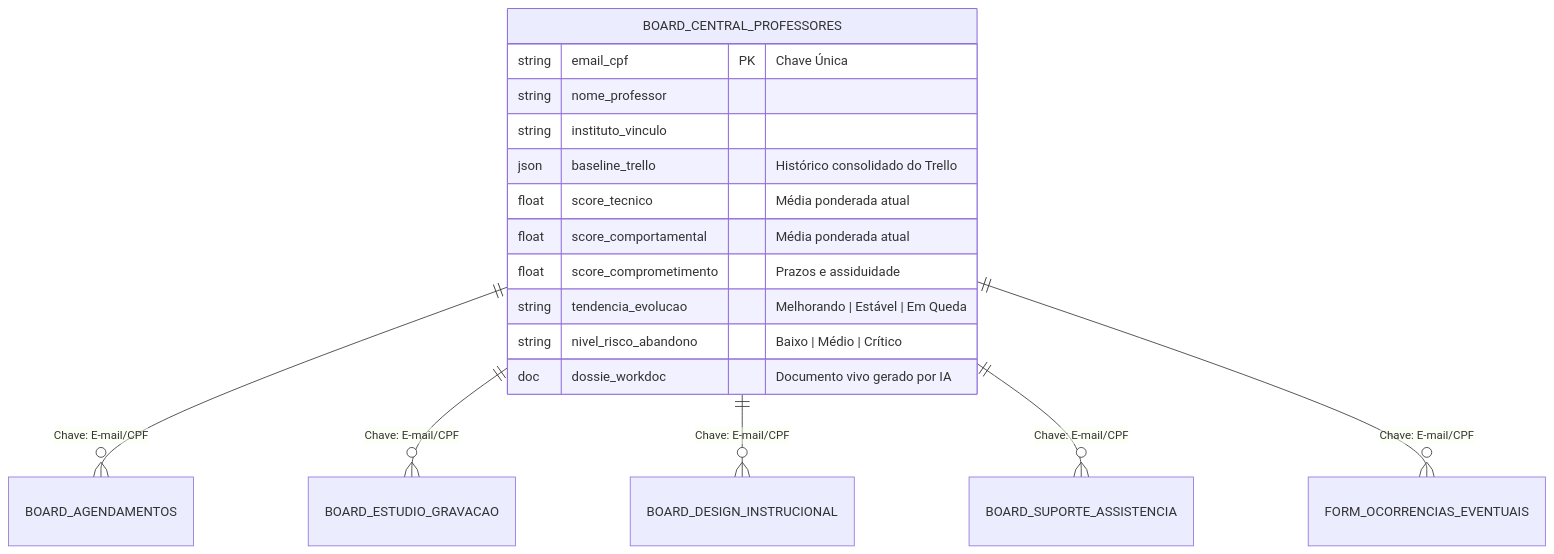
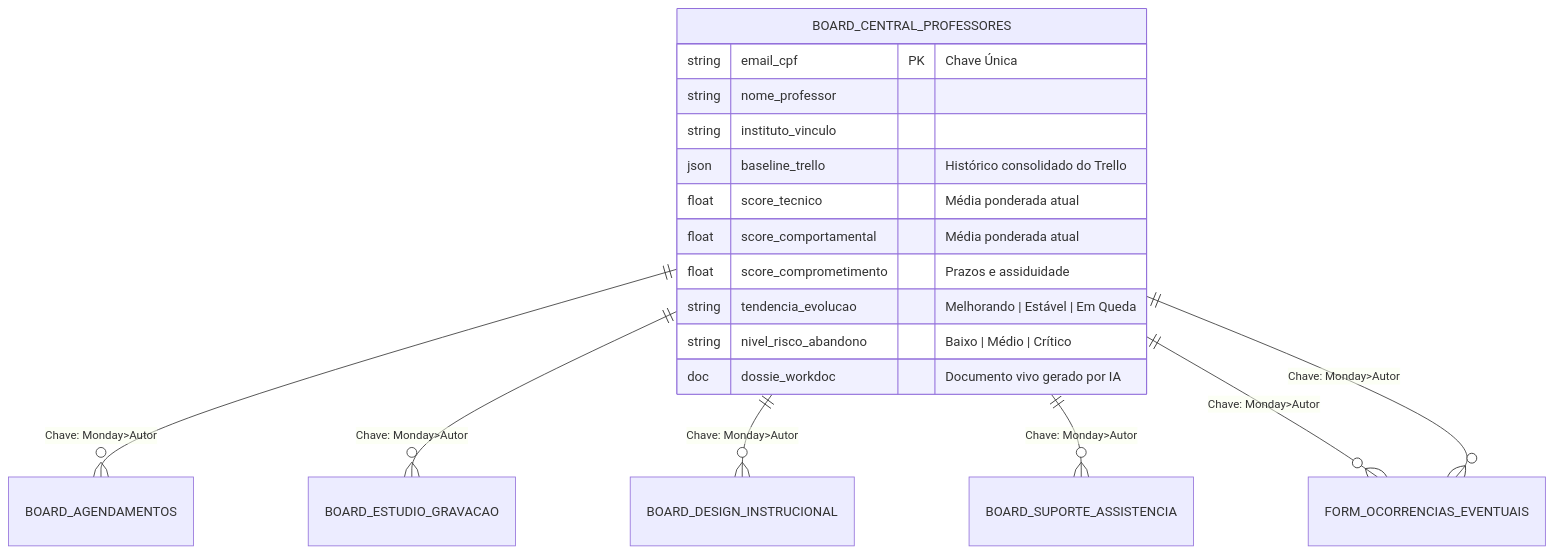
Before and after one commit to paulohlp/perfil-professor-monday: the first of 2 diagrams in plano_perfil_professor_monday.md, drawn with Mermaid.

Commit message:
Change ER diagram keys to 'Monday>Autor'
Updated relationships in the ER diagram to use 'Monday>Autor' as the key.

````diff
--- a/plano_perfil_professor_monday.md
+++ b/plano_perfil_professor_monday.md
@@ -18,21 +18,22 @@
 ```mermaid
 erDiagram
-    BOARD_CENTRAL_PROFESSORES ||--o{ BOARD_AGENDAMENTOS : "Chave: E-mail/CPF"
-    BOARD_CENTRAL_PROFESSORES ||--o{ BOARD_ESTUDIO_GRAVACAO : "Chave: E-mail/CPF"
-    BOARD_CENTRAL_PROFESSORES ||--o{ BOARD_DESIGN_INSTRUCIONAL : "Chave: E-mail/CPF"
-    BOARD_CENTRAL_PROFESSORES ||--o{ BOARD_SUPORTE_ASSISTENCIA : "Chave: E-mail/CPF"
-    BOARD_CENTRAL_PROFESSORES ||--o{ FORM_OCORRENCIAS_EVENTUAIS : "Chave: E-mail/CPF"
+    BOARD_CENTRAL_PROFESSORES ||--o{ BOARD_AGENDAMENTOS : "Chave: Monday>Autor"
+    BOARD_CENTRAL_PROFESSORES ||--o{ BOARD_ESTUDIO_GRAVACAO : "Chave: Monday>Autor"
+    BOARD_CENTRAL_PROFESSORES ||--o{ BOARD_DESIGN_INSTRUCIONAL : "Chave: Monday>Autor"
+    BOARD_CENTRAL_PROFESSORES ||--o{ BOARD_SUPORTE_ASSISTENCIA : "Chave: Monday>Autor"
+    BOARD_CENTRAL_PROFESSORES ||--o{ FORM_OCORRENCIAS_EVENTUAIS : "Chave: Monday>Autor"
+    BOARD_CENTRAL_PROFESSORES ||--o{ FORM_OCORRENCIAS_EVENTUAIS : "Chave: Monday>Autor"
 
     BOARD_CENTRAL_PROFESSORES {
         string email_cpf PK "Chave Única"
         string nome_professor
         string instituto_vinculo
         json baseline_trello "Histórico consolidado do Trello"
         float score_tecnico "Média ponderada atual"
         float score_comportamental "Média ponderada atual"
         float score_comprometimento "Prazos e assiduidade"
         string tendencia_evolucao "Melhorando | Estável | Em Queda"
         string nivel_risco_abandono "Baixo | Médio | Crítico"
         doc dossie_workdoc "Documento vivo gerado por IA"
     }
 ```
````
